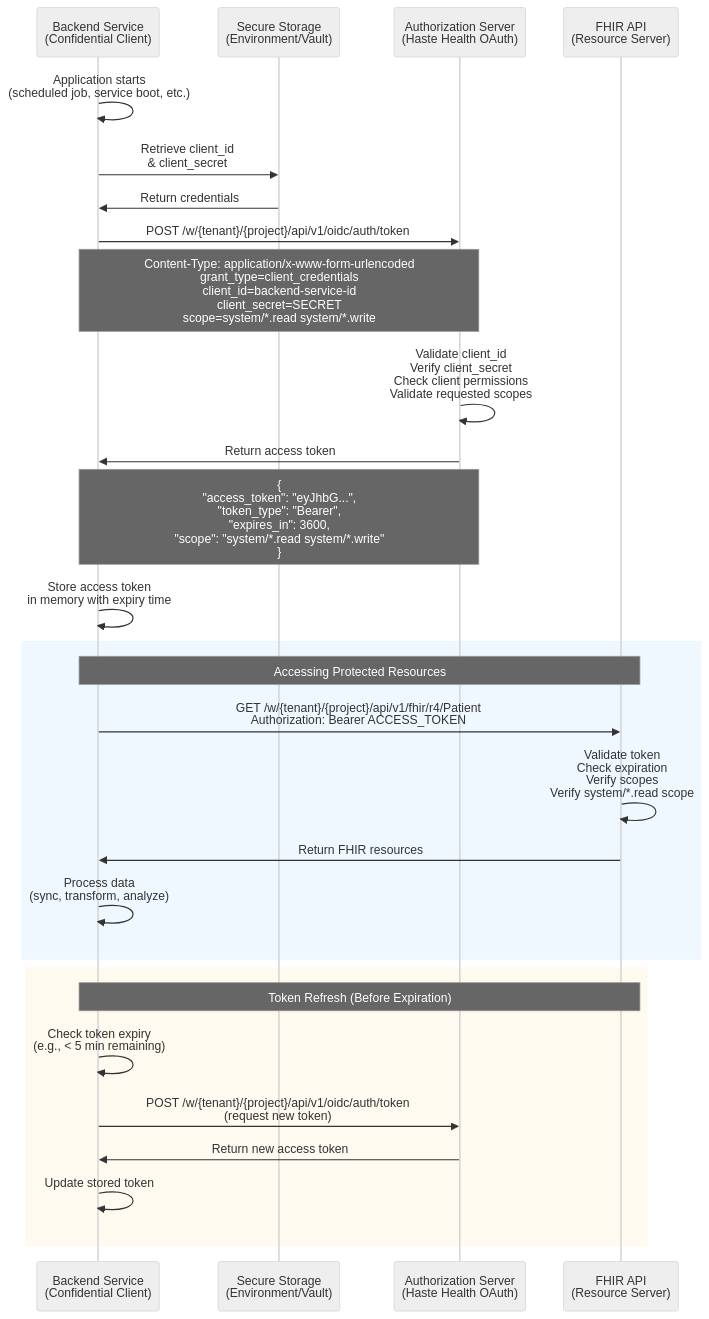
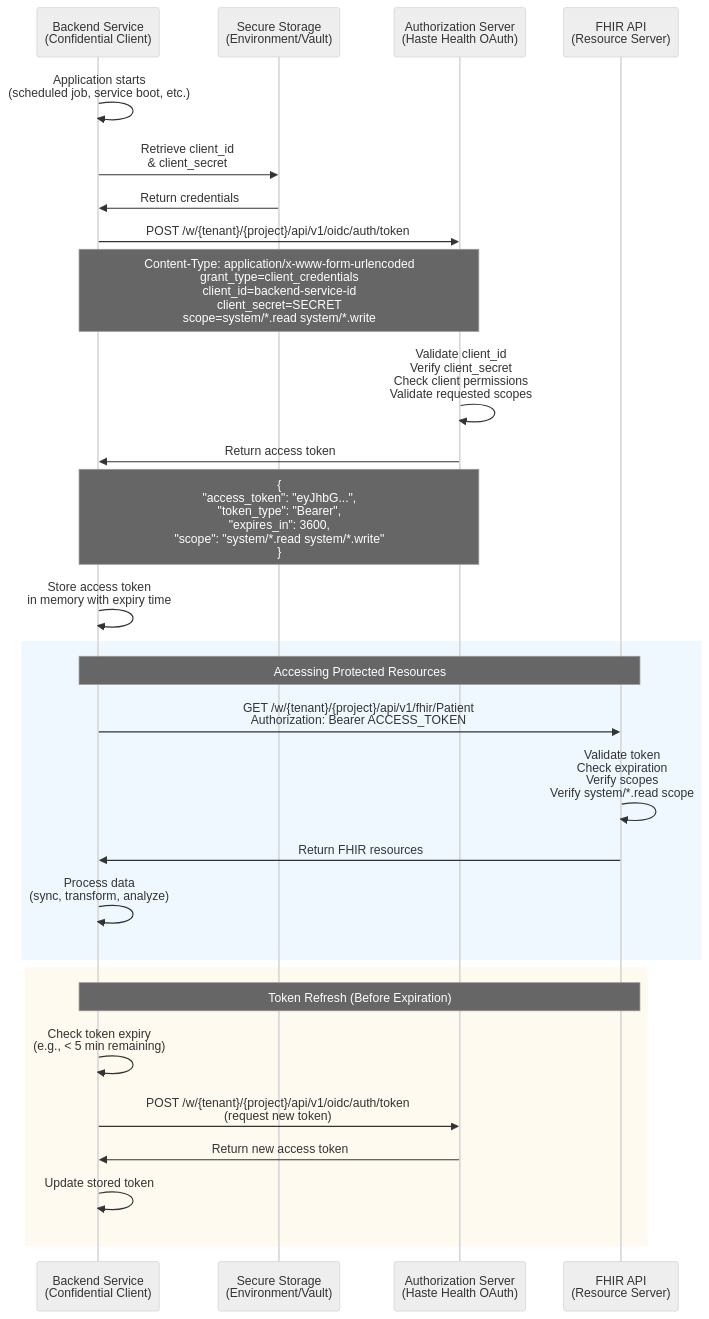
The diagram in frontend/packages/website/docs/auth/authentication/grant_types/client_credentials.mdx (HasteHealth/HasteHealth), drawn with Mermaid (neutral theme) before and after one commit. The commit also changed other lines of this file and 40 other files, not shown here.

````diff
--- a/frontend/packages/website/docs/auth/authentication/grant_types/client_credentials.mdx
+++ b/frontend/packages/website/docs/auth/authentication/grant_types/client_credentials.mdx
@@ -39,47 +39,47 @@
 ```mermaid
 sequenceDiagram
     participant App as Backend Service<br/>(Confidential Client)
     participant Storage as Secure Storage<br/>(Environment/Vault)
     participant AuthServer as Authorization Server<br/>(Haste Health OAuth)
     participant API as FHIR API<br/>(Resource Server)
 
     App->>App: Application starts<br/>(scheduled job, service boot, etc.)
     
     App->>Storage: Retrieve client_id<br/>& client_secret
     
     Storage->>App: Return credentials
     
     App->>AuthServer: POST /w/{tenant}/{project}/api/v1/oidc/auth/token
     Note over App,AuthServer: Content-Type: application/x-www-form-urlencoded<br/>grant_type=client_credentials<br/>client_id=backend-service-id<br/>client_secret=SECRET<br/>scope=system/*.read system/*.write
     
     AuthServer->>AuthServer: Validate client_id<br/>Verify client_secret<br/>Check client permissions<br/>Validate requested scopes
     
     AuthServer->>App: Return access token
     Note over AuthServer,App: {<br/>  "access_token": "eyJhbG...",<br/>  "token_type": "Bearer",<br/>  "expires_in": 3600,<br/>  "scope": "system/*.read system/*.write"<br/>}
     
     App->>App: Store access token<br/>in memory with expiry time
     
     rect rgb(240, 248, 255)
         Note over App,API: Accessing Protected Resources
         
-        App->>API: GET /w/{tenant}/{project}/api/v1/fhir/r4/Patient<br/>Authorization: Bearer ACCESS_TOKEN
+        App->>API: GET /w/{tenant}/{project}/api/v1/fhir/Patient<br/>Authorization: Bearer ACCESS_TOKEN
         
         API->>API: Validate token<br/>Check expiration<br/>Verify scopes<br/>Verify system/*.read scope
         
         API->>App: Return FHIR resources
         
         App->>App: Process data<br/>(sync, transform, analyze)
     end
     
     rect rgb(255, 250, 240)
         Note over App,API: Token Refresh (Before Expiration)
         
         App->>App: Check token expiry<br/>(e.g., < 5 min remaining)
         
         App->>AuthServer: POST /w/{tenant}/{project}/api/v1/oidc/auth/token<br/>(request new token)
         
         AuthServer->>App: Return new access token
         
         App->>App: Update stored token
     end
 ```
````
